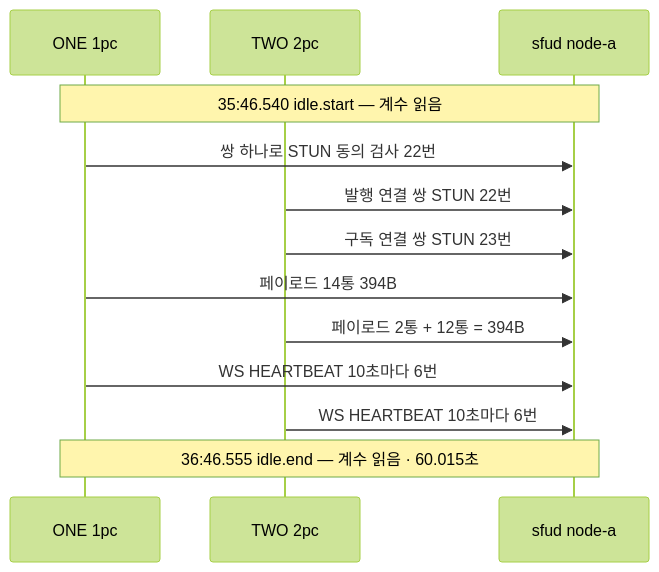
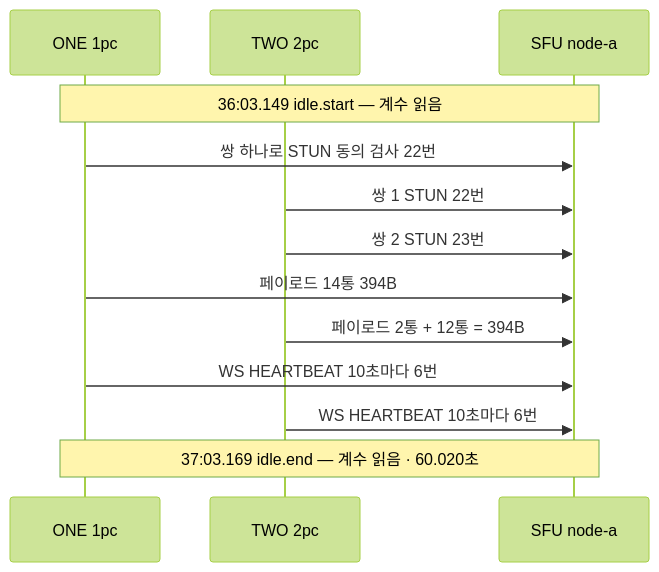
The third of 4 diagrams in docs/learn/09_MIC_COST.md (kodeholic9/oxlens-sfu), drawn with Mermaid (forest theme) before and after one commit. The commit also changed other lines of this file and 19 other files, not shown here.

````diff
--- a/docs/learn/09_MIC_COST.md
+++ b/docs/learn/09_MIC_COST.md
@@ -107,15 +119,15 @@
 ```mermaid
 sequenceDiagram
   participant ONE as ONE 1pc
   participant TWO as TWO 2pc
-  participant S as sfud node-a
-  Note over ONE,S: 35:46.540 idle.start — 계수 읽음
+  participant S as SFU node-a
+  Note over ONE,S: 36:03.149 idle.start — 계수 읽음
   ONE->>S: 쌍 하나로 STUN 동의 검사 22번
-  TWO->>S: 발행 연결 쌍 STUN 22번
-  TWO->>S: 구독 연결 쌍 STUN 23번
+  TWO->>S: 쌍 1 STUN 22번
+  TWO->>S: 쌍 2 STUN 23번
   ONE->>S: 페이로드 14통 394B
   TWO->>S: 페이로드 2통 + 12통 = 394B
   ONE->>S: WS HEARTBEAT 10초마다 6번
   TWO->>S: WS HEARTBEAT 10초마다 6번
-  Note over ONE,S: 36:46.555 idle.end — 계수 읽음 · 60.015초
+  Note over ONE,S: 37:03.169 idle.end — 계수 읽음 · 60.020초
 ```
````
